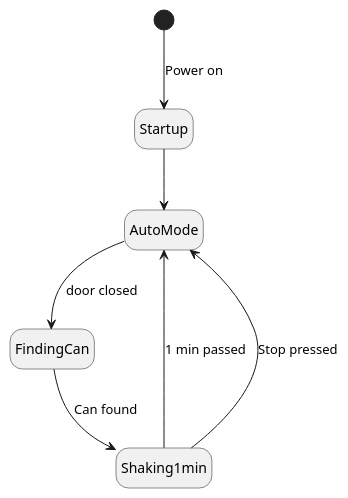
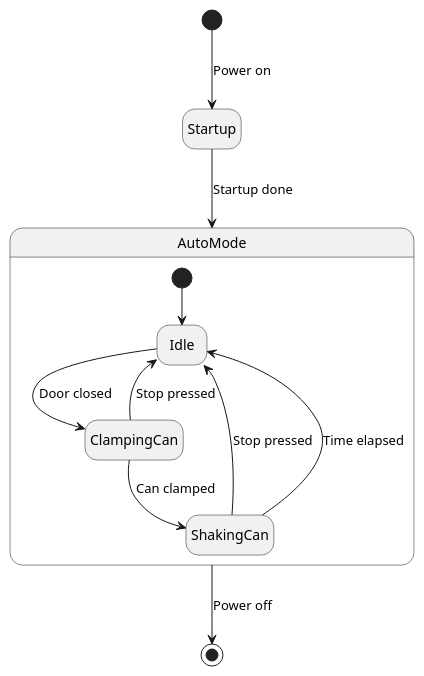
The first of 2 diagrams in MDBook/src/schud_machine_state_diagram.md (RickValkSaxion/Virtual_PLC_project), drawn with PlantUML before and after one commit. The commit also changed other lines of this file, not shown here.

Commit message:
Made substate for AutoMode

````diff
--- a/MDBook/src/schud_machine_state_diagram.md
+++ b/MDBook/src/schud_machine_state_diagram.md
@@ -5,31 +5,37 @@
 ```plantuml
 @startuml
 hide empty description
 'state stopJoin <<join>>
 'state timeJoin <<join>>
 
 [*] --> Startup : Power on
-Startup --> AutoMode
-AutoMode --> FindingCan : door closed
+Startup --> AutoMode : Startup done
 
-FindingCan --> Shaking1min : Can found
-Shaking1min --> AutoMode : 1 min passed
-Shaking1min --> AutoMode : Stop pressed
+state AutoMode {
+  [*] --> Idle
+  Idle --> ClampingCan : Door closed
+  ClampingCan --> ShakingCan : Can clamped
+  ClampingCan --> Idle : Stop pressed
+  ShakingCan --> Idle : Stop pressed
+  ShakingCan --> Idle : Time elapsed
+}
+
+AutoMode --> [*] : Power off
 
 'FindingCan --> Shaking1min30 : Medium can found
 'Shaking1min30 --> timeJoin : 1 min 30 passed
 'Shaking1min30 --> stopJoin : Stop pressed
 
 'FindingCan --> Shaking2min : Big can found
 'Shaking2min --> timeJoin : 2 min passed
 'Shaking2min --> stopJoin : Stop pressed
 
 'stopJoin --> AutoMode
 'timeJoin --> AutoMode
 
 
 'AutoMode -> TimeMode : Mode Button
 'TimeMode -> AutoMode : Mode Button
 @enduml
 
 ```
````
